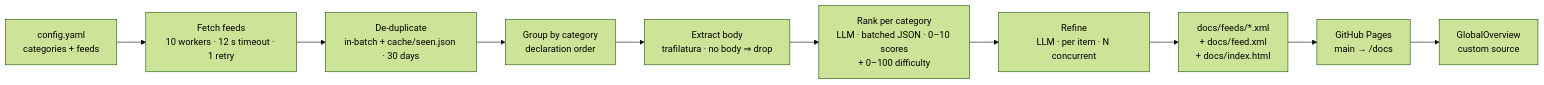
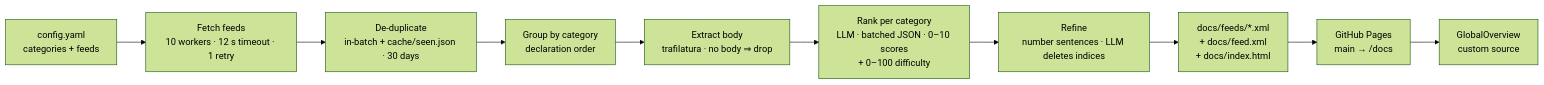
The diagram in README.md (None-Ptr/FeedOverview), drawn with Mermaid (forest theme) before and after one commit. The commit also changed other lines of this file and 10 other files, not shown here.

````diff
--- a/README.md
+++ b/README.md
@@ -77,12 +78,12 @@
 ```mermaid
 flowchart LR
     A["config.yaml<br/>categories + feeds"] --> B["Fetch feeds<br/>10 workers · 12 s timeout · 1 retry"]
     B --> C["De-duplicate<br/>in-batch + cache/seen.json · 30 days"]
     C --> D["Group by category<br/>declaration order"]
     D --> E["Extract body<br/>trafilatura · no body ⇒ drop"]
     E --> F["Rank per category<br/>LLM · batched JSON · 0–10 scores<br/>+ 0–100 difficulty"]
-    F --> G["Refine<br/>LLM · per item · N concurrent"]
+    F --> G["Refine<br/>number sentences · LLM deletes indices"]
     G --> H["docs/feeds/*.xml<br/>+ docs/feed.xml<br/>+ docs/index.html"]
     H --> I["GitHub Pages<br/>main → /docs"]
     I --> J["GlobalOverview<br/>custom source"]
 ```
````
